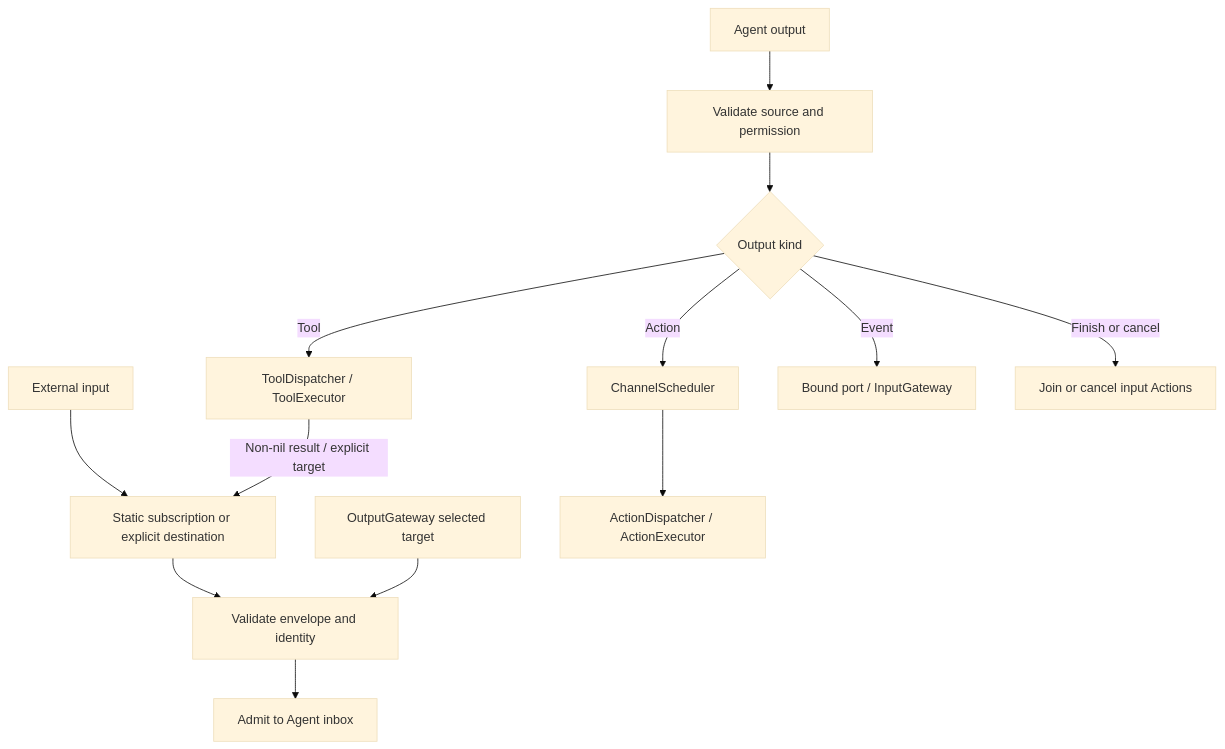
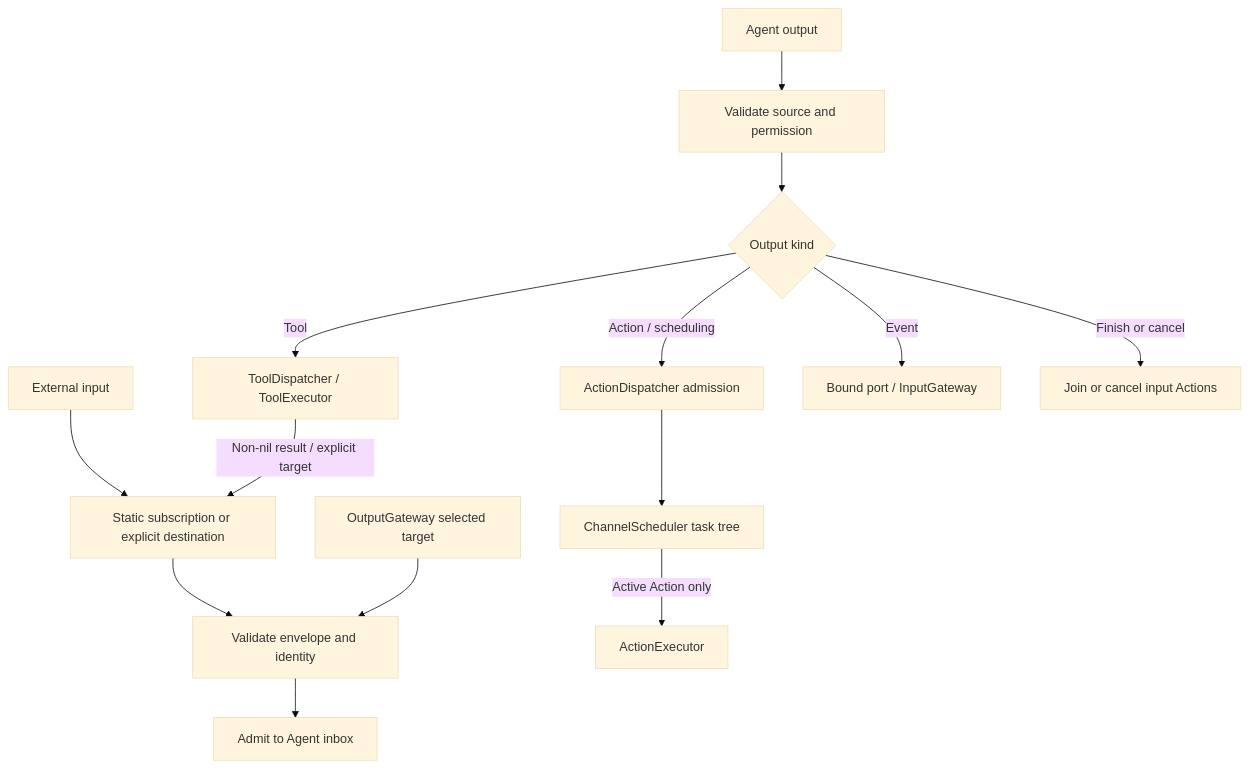
One commit to devilyouwei/MobileHarness changed the second of 2 diagrams in MobileHarness/Gateway/README.md. Above: the diagram before and after it, drawn with Mermaid (base theme). The commit also changed other lines of this file and 97 other files, not shown here.

````diff
--- a/MobileHarness/Gateway/README.md
+++ b/MobileHarness/Gateway/README.md
@@ -38,15 +38,16 @@
 ```mermaid
 flowchart TD
     In[External input] --> Select[Static subscription or explicit destination]
     Select --> ValidateIn[Validate envelope and identity]
     InternalDelivery[OutputGateway selected target] --> ValidateIn
     ValidateIn --> Inbox[Admit to Agent inbox]
     Out[Agent output] --> ValidateOut[Validate source and permission]
     ValidateOut --> Route{Output kind}
-    Route -->|Action| Queue[ChannelScheduler]
-    Queue --> Action[ActionDispatcher / ActionExecutor]
+    Route -->|Action / scheduling| Dispatch[ActionDispatcher admission]
+    Dispatch --> Queue[ChannelScheduler task tree]
+    Queue -->|Active Action only| Action[ActionExecutor]
     Route -->|Tool| Tool[ToolDispatcher / ToolExecutor]
     Tool -->|Non-nil result / explicit target| Select
     Route -->|Event| Event[Bound port / InputGateway]
     Route -->|Finish or cancel| Barrier[Join or cancel input Actions]
 ```
````
